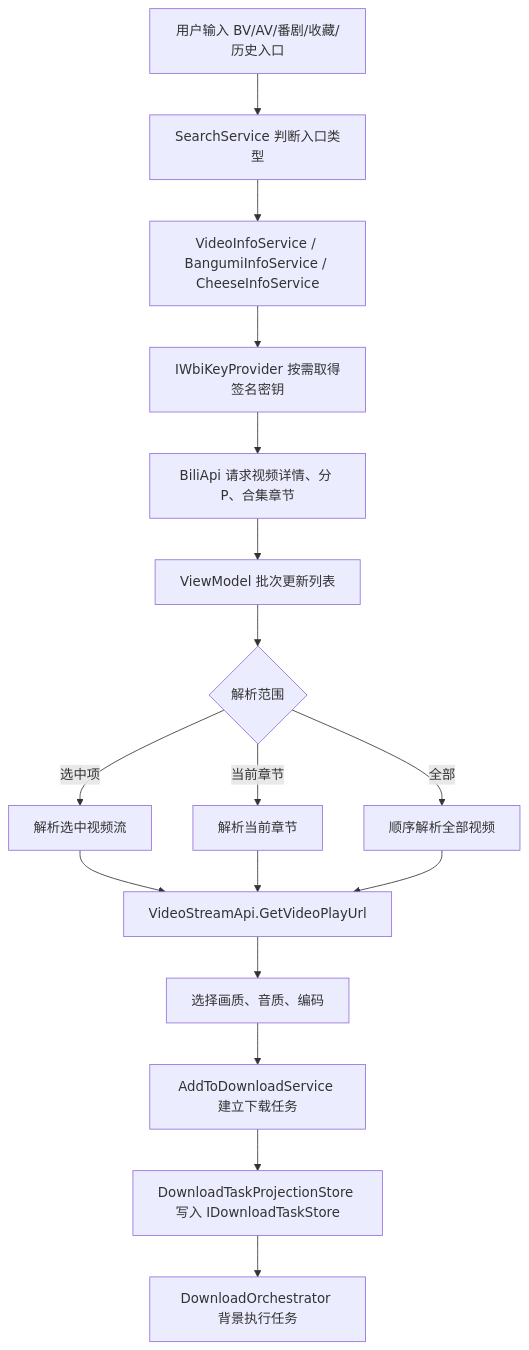
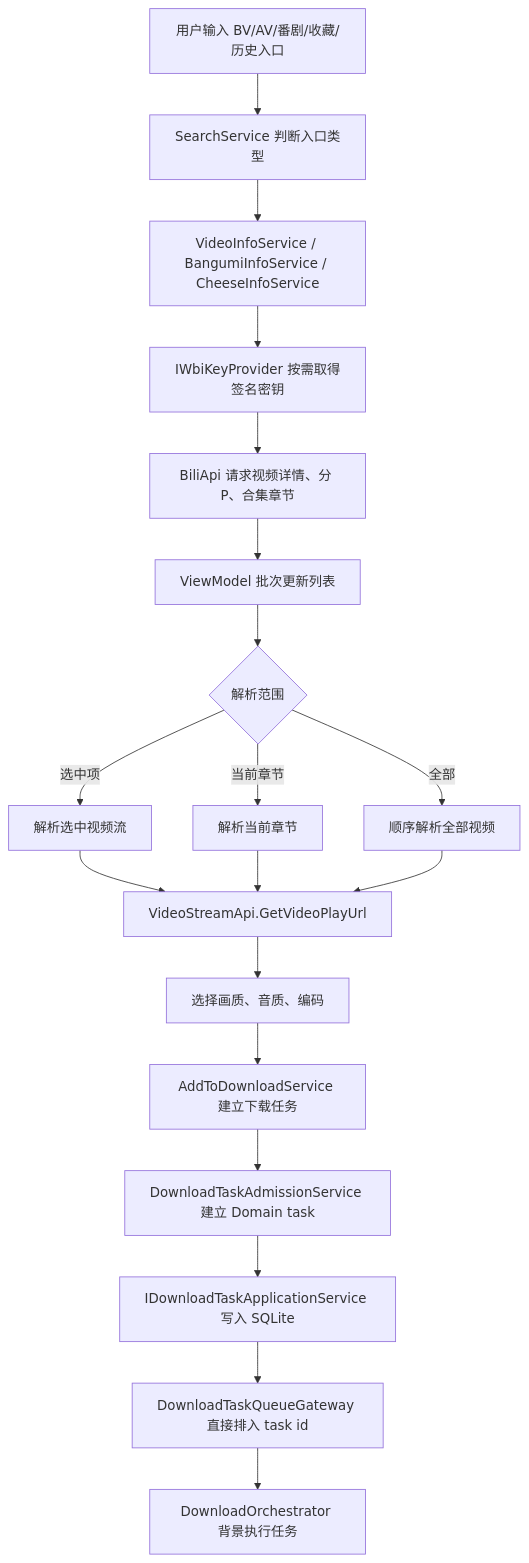
One commit to 403a/downkyicore changed the first of 2 diagrams in README.md. Above: the diagram before and after it, drawn with Mermaid. The commit also changed other lines of this file and 8 other files, not shown here.

````diff
--- a/README.md
+++ b/README.md
@@ -63,19 +63,21 @@
 ```mermaid
 flowchart TD
     A["用户输入 BV/AV/番剧/收藏/历史入口"] --> B["SearchService 判断入口类型"]
     B --> C["VideoInfoService / BangumiInfoService / CheeseInfoService"]
     C --> D["IWbiKeyProvider 按需取得签名密钥"]
     D --> E["BiliApi 请求视频详情、分 P、合集章节"]
     E --> F["ViewModel 批次更新列表"]
     F --> G{"解析范围"}
     G -->|选中项| H["解析选中视频流"]
     G -->|当前章节| I["解析当前章节"]
     G -->|全部| J["顺序解析全部视频"]
     H --> K["VideoStreamApi.GetVideoPlayUrl"]
     I --> K
     J --> K
     K --> L["选择画质、音质、编码"]
     L --> M["AddToDownloadService 建立下载任务"]
-    M --> N["DownloadTaskProjectionStore 写入 IDownloadTaskStore"]
-    N --> O["DownloadOrchestrator 背景执行任务"]
+    M --> N["DownloadTaskAdmissionService 建立 Domain task"]
+    N --> O["IDownloadTaskApplicationService 写入 SQLite"]
+    O --> P["DownloadTaskQueueGateway 直接排入 task id"]
+    P --> Q["DownloadOrchestrator 背景执行任务"]
 ```
````
